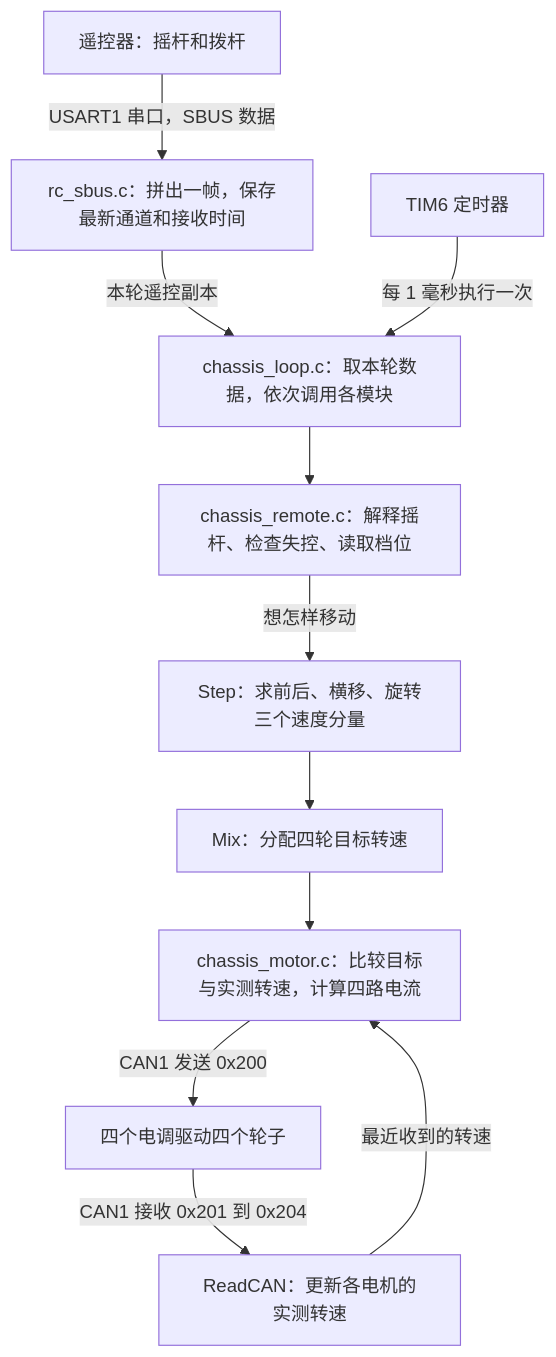
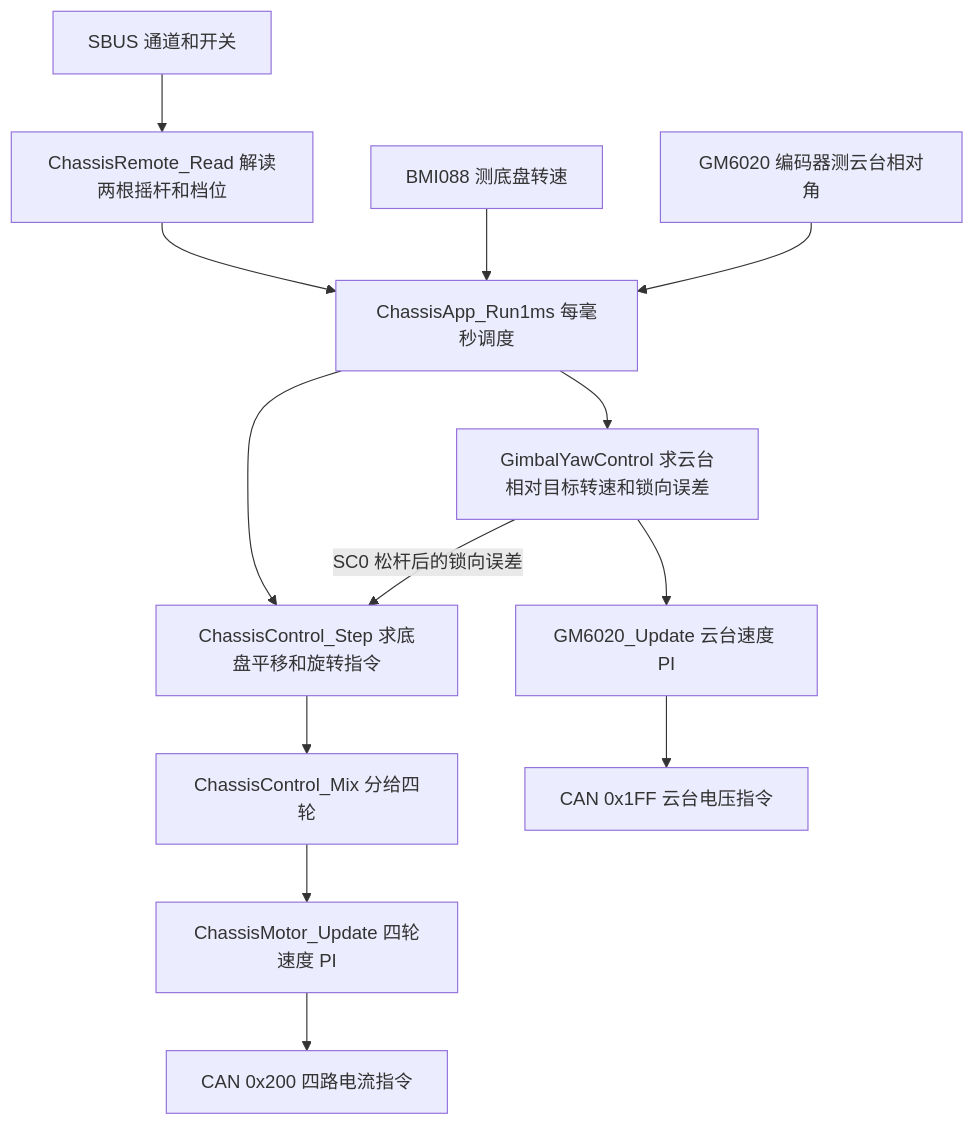
The diagram in README.md (ny-illusion/chaoxi_chassis), drawn with Mermaid before and after one commit. The commit also changed other lines of this file, not shown here.

````diff
--- a/README.md
+++ b/README.md
@@ -7,13 +47,15 @@
 ```mermaid
 flowchart TD
-    R["遥控器：摇杆和拨杆"] -->|"USART1 串口，SBUS 数据"| S["rc_sbus.c：拼出一帧，保存最新通道和接收时间"]
-    S -->|"本轮遥控副本"| A["chassis_loop.c：取本轮数据，依次调用各模块"]
-    T["TIM6 定时器"] -->|"每 1 毫秒执行一次"| A
-    A --> B["chassis_remote.c：解释摇杆、检查失控、读取档位"]
-    B -->|"想怎样移动"| C["Step：求前后、横移、旋转三个速度分量"]
-    C --> M["Mix：分配四轮目标转速"]
-    M --> P["chassis_motor.c：比较目标与实测转速，计算四路电流"]
-    P -->|"CAN1 发送 0x200"| W["四个电调驱动四个轮子"]
-    W -->|"CAN1 接收 0x201 到 0x204"| F["ReadCAN：更新各电机的实测转速"]
-    F -->|"最近收到的转速"| P
+    RC["SBUS 通道和开关"] --> R["ChassisRemote_Read 解读两根摇杆和档位"]
+    R --> L["ChassisApp_Run1ms 每毫秒调度"]
+    IMU["BMI088 测底盘转速"] --> L
+    ENC["GM6020 编码器测云台相对角"] --> L
+    L --> Y["GimbalYawControl 求云台相对目标转速和锁向误差"]
+    L --> S["ChassisControl_Step 求底盘平移和旋转指令"]
+    Y -->|"SC0 松杆后的锁向误差"| S
+    S --> M["ChassisControl_Mix 分给四轮"]
+    M --> W["ChassisMotor_Update 四轮速度 PI"]
+    Y --> G["GM6020_Update 云台速度 PI"]
+    W --> CAN1["CAN 0x200 四路电流指令"]
+    G --> CAN2["CAN 0x1FF 云台电压指令"]
 ```
````
